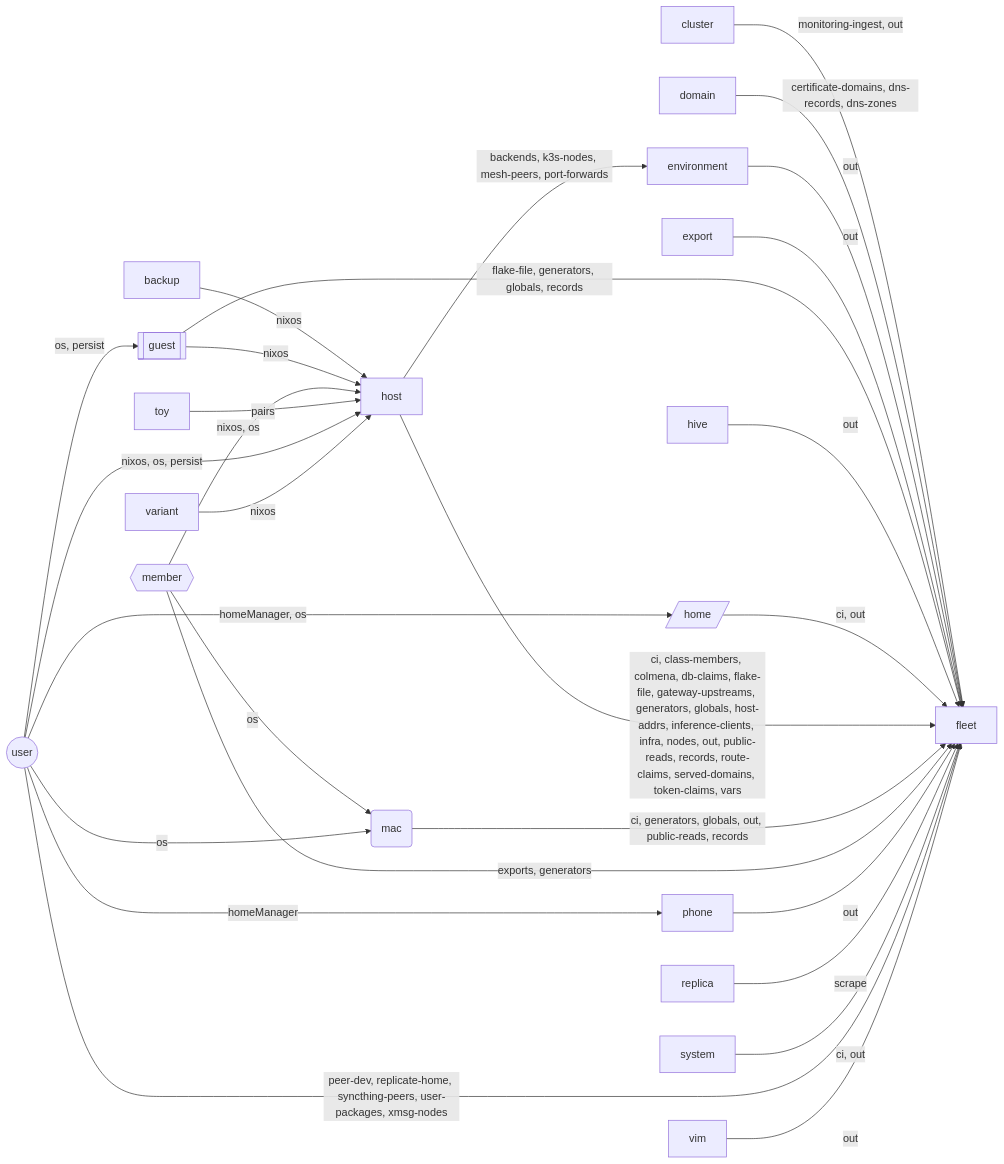
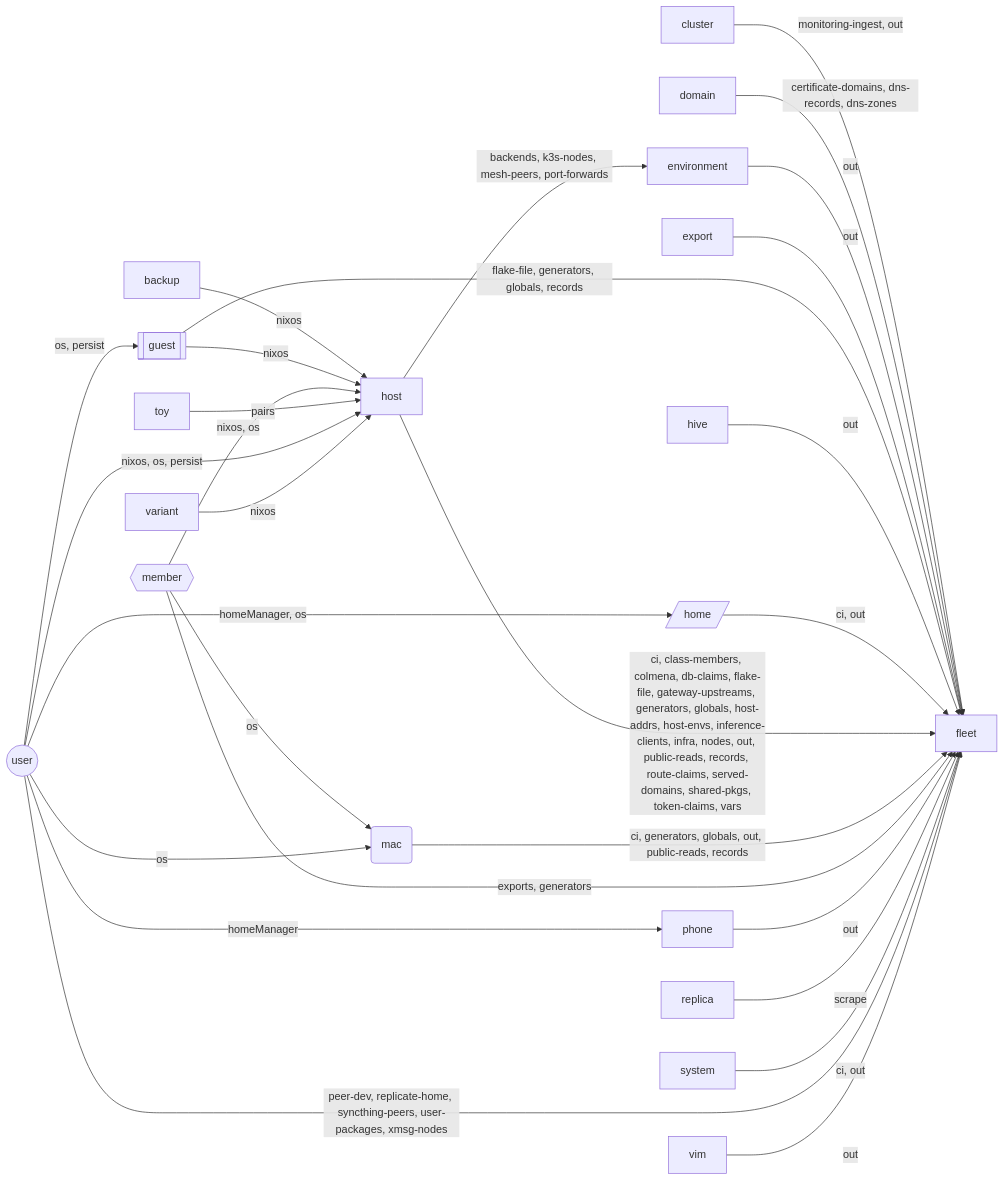
The fourth of 12 diagrams in templates/fleet/README.md (vic/sven), drawn with Mermaid before and after one commit. The commit also changed other lines of this file and 105 other files, not shown here.

````diff
--- a/templates/fleet/README.md
+++ b/templates/fleet/README.md
@@ -1015,49 +1017,49 @@
 ```mermaid
 flowchart LR
   nbef6320675["backup"]
   nd64d1d67a7["cluster"]
   n9c823beb5d["domain"]
   nd086c25d77["environment"]
   n5eff1733fa["export"]
   n91d5d2cc57["fleet"]
   n6d97491988[["guest"]]
   n24c3f6fa44["hive"]
   n1d6e8fa2a0[/"home"/]
   n176652715a["host"]
   n08d6894135("mac")
   nc1c099a844{{"member"}}
   nae6071da07["phone"]
   n9e45cb601f["replica"]
   n9e30fb7851["system"]
   n7de19fbcd5["toy"]
   n98318c51f4(("user"))
   n19dbbc75e7["variant"]
   nce49cf1ba2["vim"]
   nbef6320675 -->|"nixos"| n176652715a
   nd64d1d67a7 -->|"monitoring-ingest, out"| n91d5d2cc57
   n9c823beb5d -->|"certificate-domains, dns-records, dns-zones"| n91d5d2cc57
   nd086c25d77 -->|"out"| n91d5d2cc57
   n5eff1733fa -->|"out"| n91d5d2cc57
   n6d97491988 -->|"flake-file, generators, globals, records"| n91d5d2cc57
   n6d97491988 -->|"nixos"| n176652715a
   n24c3f6fa44 -->|"out"| n91d5d2cc57
   n1d6e8fa2a0 -->|"ci, out"| n91d5d2cc57
   n176652715a -->|"backends, k3s-nodes, mesh-peers, port-forwards"| nd086c25d77
-  n176652715a -->|"ci, class-members, colmena, db-claims, flake-file, gateway-upstreams, generators, globals, host-addrs, inference-clients, infra, nodes, out, public-reads, records, route-claims, served-domains, token-claims, vars"| n91d5d2cc57
+  n176652715a -->|"ci, class-members, colmena, db-claims, flake-file, gateway-upstreams, generators, globals, host-addrs, host-envs, inference-clients, infra, nodes, out, public-reads, records, route-claims, served-domains, shared-pkgs, token-claims, vars"| n91d5d2cc57
   n08d6894135 -->|"ci, generators, globals, out, public-reads, records"| n91d5d2cc57
   nc1c099a844 -->|"exports, generators"| n91d5d2cc57
   nc1c099a844 -->|"nixos, os"| n176652715a
   nc1c099a844 -->|"os"| n08d6894135
   nae6071da07 -->|"out"| n91d5d2cc57
   n9e45cb601f -->|"scrape"| n91d5d2cc57
   n9e30fb7851 -->|"ci, out"| n91d5d2cc57
   n7de19fbcd5 -->|"pairs"| n176652715a
   n98318c51f4 -->|"peer-dev, replicate-home, syncthing-peers, user-packages, xmsg-nodes"| n91d5d2cc57
   n98318c51f4 -->|"os, persist"| n6d97491988
   n98318c51f4 -->|"homeManager, os"| n1d6e8fa2a0
   n98318c51f4 -->|"nixos, os, persist"| n176652715a
   n98318c51f4 -->|"os"| n08d6894135
   n98318c51f4 -->|"homeManager"| nae6071da07
   n19dbbc75e7 -->|"nixos"| n176652715a
   nce49cf1ba2 -->|"out"| n91d5d2cc57
 ```
````
